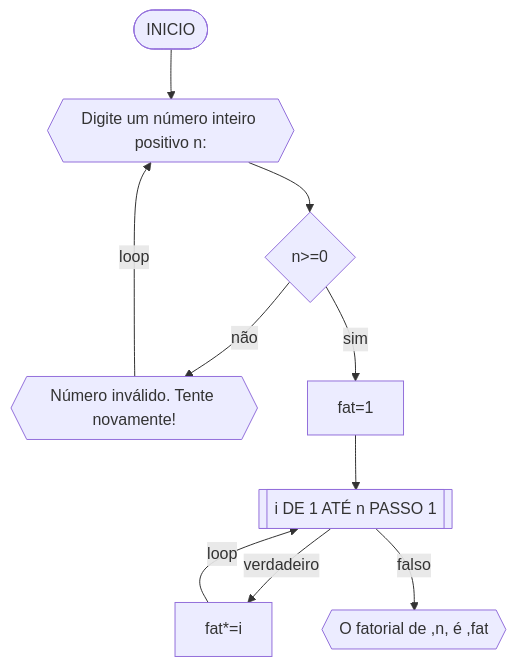
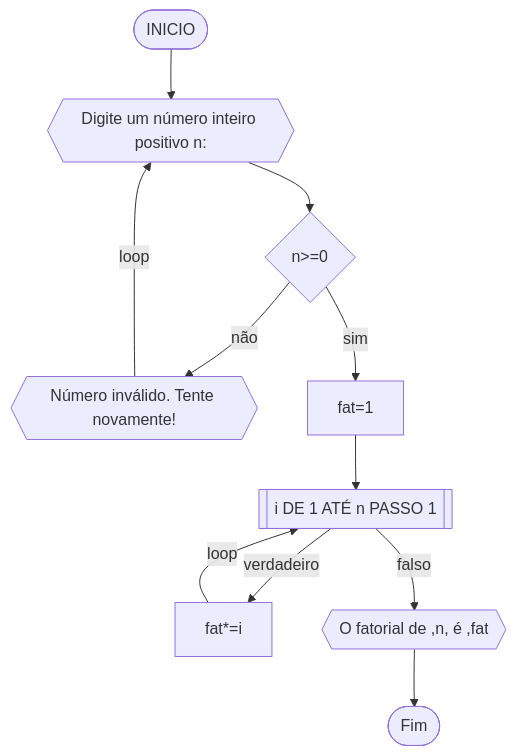
Before and after one commit to IsyCirino/unifor: the fifth of 7 diagrams in RLA/unidade1/AD1.md, drawn with Mermaid. The commit also changed other lines of this file, not shown here.

````diff
--- a/RLA/unidade1/AD1.md
+++ b/RLA/unidade1/AD1.md
@@ -251,14 +253,15 @@
 ```mermaid
 flowchart TD
 A([INICIO]) --> B{{Digite um número inteiro positivo n: }}
 B-->C{n>=0}
 C-->|não|D{{Número inválido. Tente novamente!}}
 D-->|loop|B
 C-->|sim|E[fat=1]
 E-->F[[i DE 1 ATÉ n PASSO 1]]
 F-->|verdadeiro|G[fat*=i]
 G-->|loop|F
 F-->|falso|H{{O fatorial de ,n, é ,fat}}
+H-->L([Fim])
 
 
 ```
````
